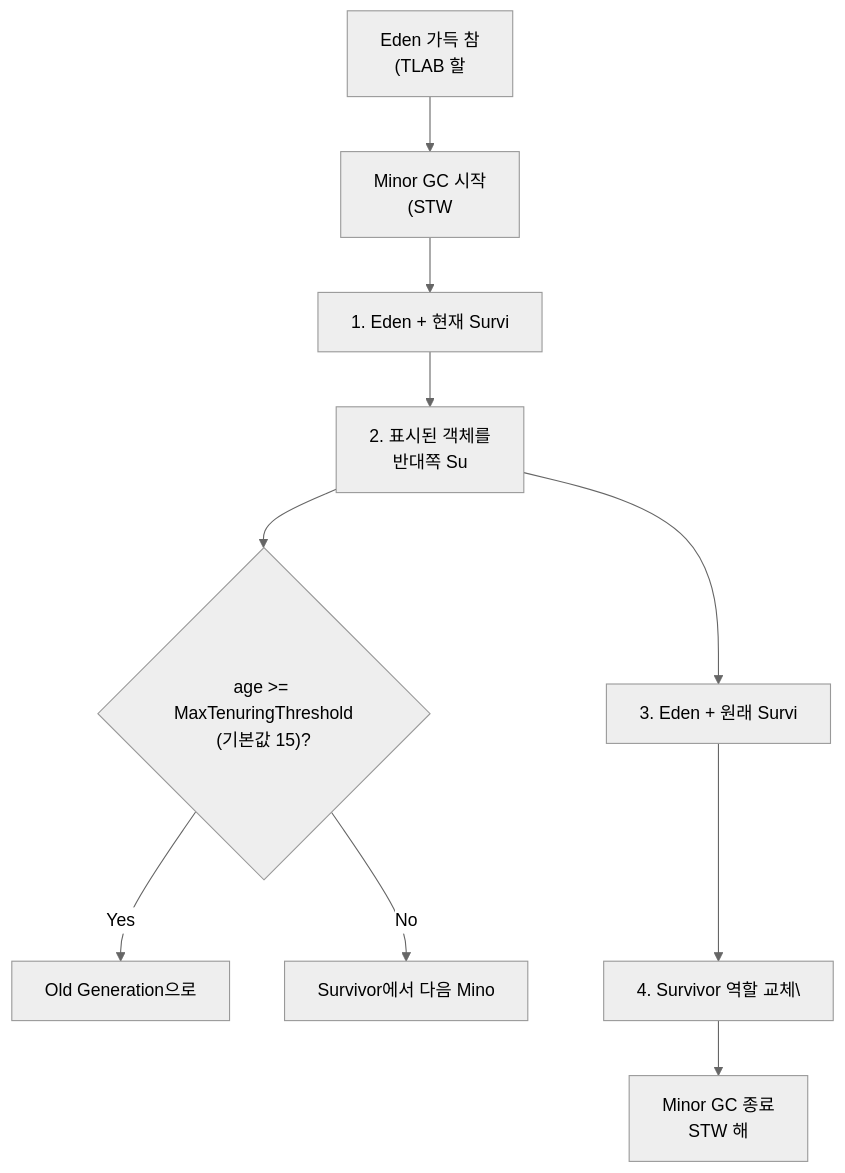
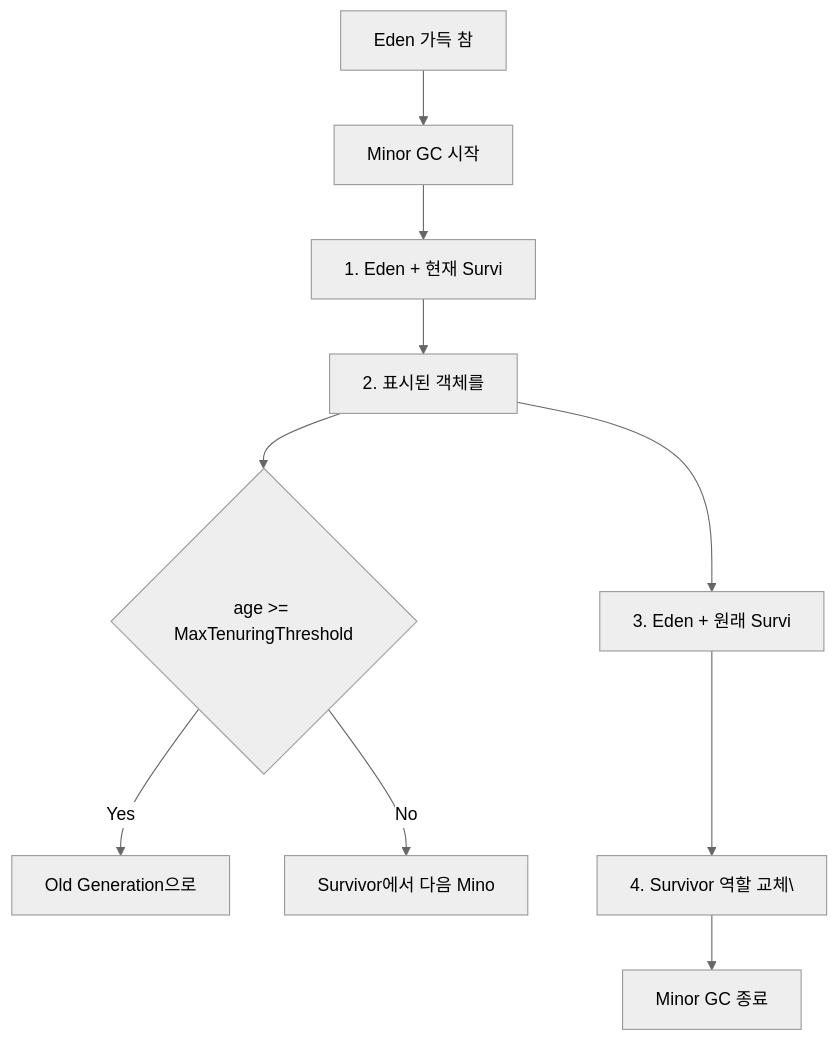
The sixth of 7 diagrams in _posts/java/2026-05-02-jvm-architecture.md (yjkim2015/yjkim2015.github.io), drawn with Mermaid (neutral theme) before and after one commit. The commit also changed other lines of this file and 217 other files, not shown here.

First line of the commit message:
Mermaid 크기 수정: useMaxWidth:true + SVG max-width:100% + 라벨 축소

````diff
--- a/_posts/java/2026-05-02-jvm-architecture.md
+++ b/_posts/java/2026-05-02-jvm-architecture.md
@@ -598,12 +598,12 @@
 ```mermaid
 flowchart TD
-    A["Eden 가득 참\n(TLAB 할"] --> B["Minor GC 시작\n(STW"]
+    A["Eden 가득 참"] --> B["Minor GC 시작"]
     B --> C["1. Eden + 현재 Survi"]
-    C --> D["2. 표시된 객체를\n반대쪽 Su"]
-    D --> E{"age >= MaxTenuringThreshold\n(기본값 15)?"}
-    E -->|Yes| F["Old Generation으로\n"]
+    C --> D["2. 표시된 객체를"]
+    D --> E{"age >= MaxTenuringThreshold"}
+    E -->|Yes| F["Old Generation으로"]
     E -->|No| G["Survivor에서 다음 Mino"]
     D --> H["3. Eden + 원래 Survi"]
     H --> I["4. Survivor 역할 교체\"]
-    I --> J["Minor GC 종료\nSTW 해"]
+    I --> J["Minor GC 종료"]
 ```
````
